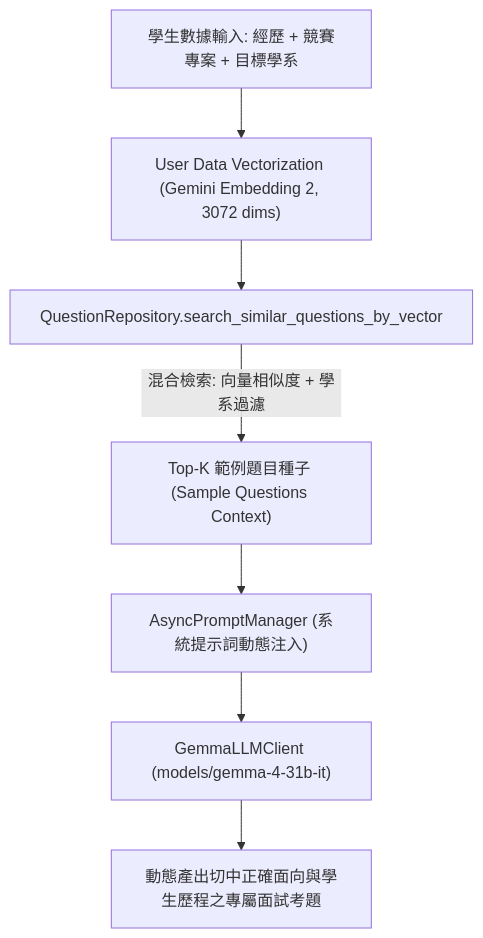
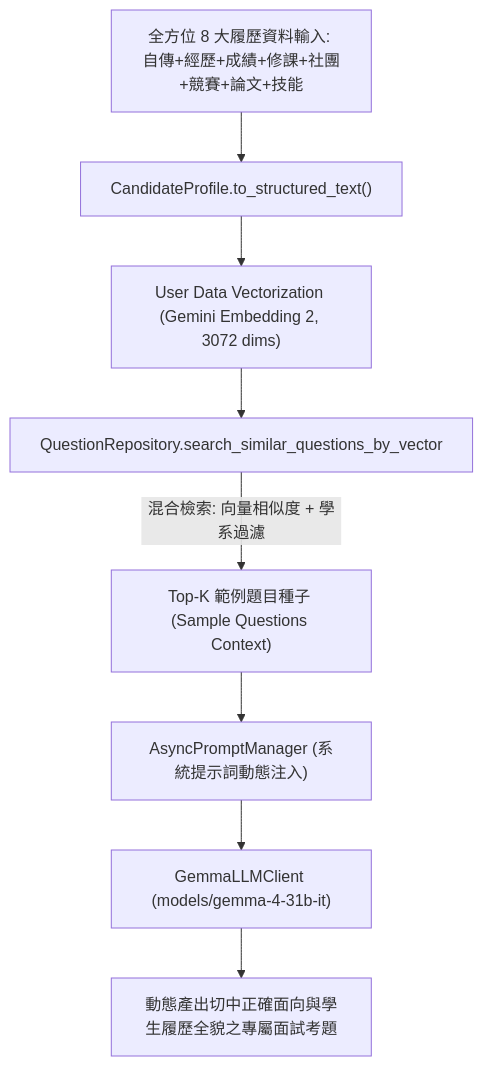
One commit to Disesfgewu/iThome---2026 changed the diagram in days/day8.md. Above: the diagram before and after it, drawn with Mermaid. The commit also changed other lines of this file and 3 other files, not shown here.

Commit message:
feat(rag): implement CandidateProfile model with 8 core resume dimensions and full profile vector RAG retriever

````diff
--- a/days/day8.md
+++ b/days/day8.md
@@ -11,9 +65,10 @@
 ```mermaid
 graph TD
-    A["學生數據輸入: 經歷 + 競賽專案 + 目標學系"] --> B["User Data Vectorization (Gemini Embedding 2, 3072 dims)"]
-    B --> C["QuestionRepository.search_similar_questions_by_vector"]
-    C -->|混合檢索: 向量相似度 + 學系過濾| D["Top-K 範例題目種子 (Sample Questions Context)"]
-    D --> E["AsyncPromptManager (系統提示詞動態注入)"]
-    E --> F["GemmaLLMClient (models/gemma-4-31b-it)"]
-    F --> G["動態產出切中正確面向與學生歷程之專屬面試考題"]
+    A["全方位 8 大履歷資料輸入: 自傳+經歷+成績+修課+社團+競賽+論文+技能"] --> B["CandidateProfile.to_structured_text()"]
+    B --> C["User Data Vectorization (Gemini Embedding 2, 3072 dims)"]
+    C --> D["QuestionRepository.search_similar_questions_by_vector"]
+    D -->|混合檢索: 向量相似度 + 學系過濾| E["Top-K 範例題目種子 (Sample Questions Context)"]
+    E --> F["AsyncPromptManager (系統提示詞動態注入)"]
+    F --> G["GemmaLLMClient (models/gemma-4-31b-it)"]
+    G --> H["動態產出切中正確面向與學生履歷全貌之專屬面試考題"]
 ```
````
